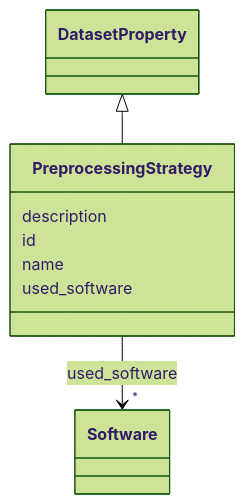
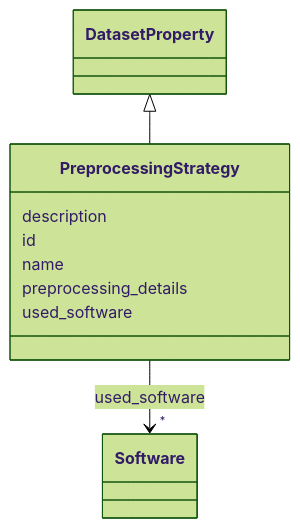
The diagram in docs/PreprocessingStrategy.md (bridge2ai/data-sheets-schema), drawn with Mermaid (forest theme) before and after one commit. The commit also changed other lines of this file and 682 other files, not shown here.

````diff
--- a/docs/PreprocessingStrategy.md
+++ b/docs/PreprocessingStrategy.md
@@ -20,26 +20,28 @@
 ```mermaid
  classDiagram
     class PreprocessingStrategy
     click PreprocessingStrategy href "../PreprocessingStrategy/"
       DatasetProperty <|-- PreprocessingStrategy
         click DatasetProperty href "../DatasetProperty/"
       
       PreprocessingStrategy : description
         
       PreprocessingStrategy : id
         
       PreprocessingStrategy : name
+        
+      PreprocessingStrategy : preprocessing_details
         
       PreprocessingStrategy : used_software
         
           
     
         
         
         PreprocessingStrategy --> "*" Software : used_software
         click Software href "../Software/"
     
 
         
       
 ```
````
